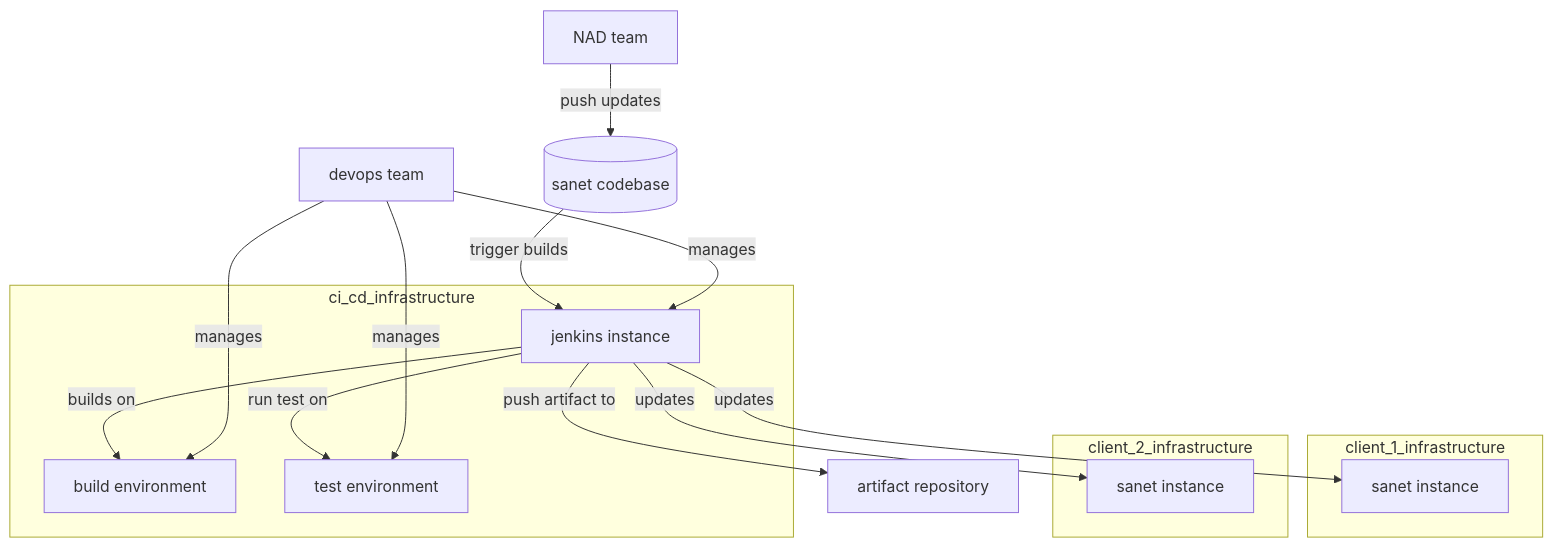
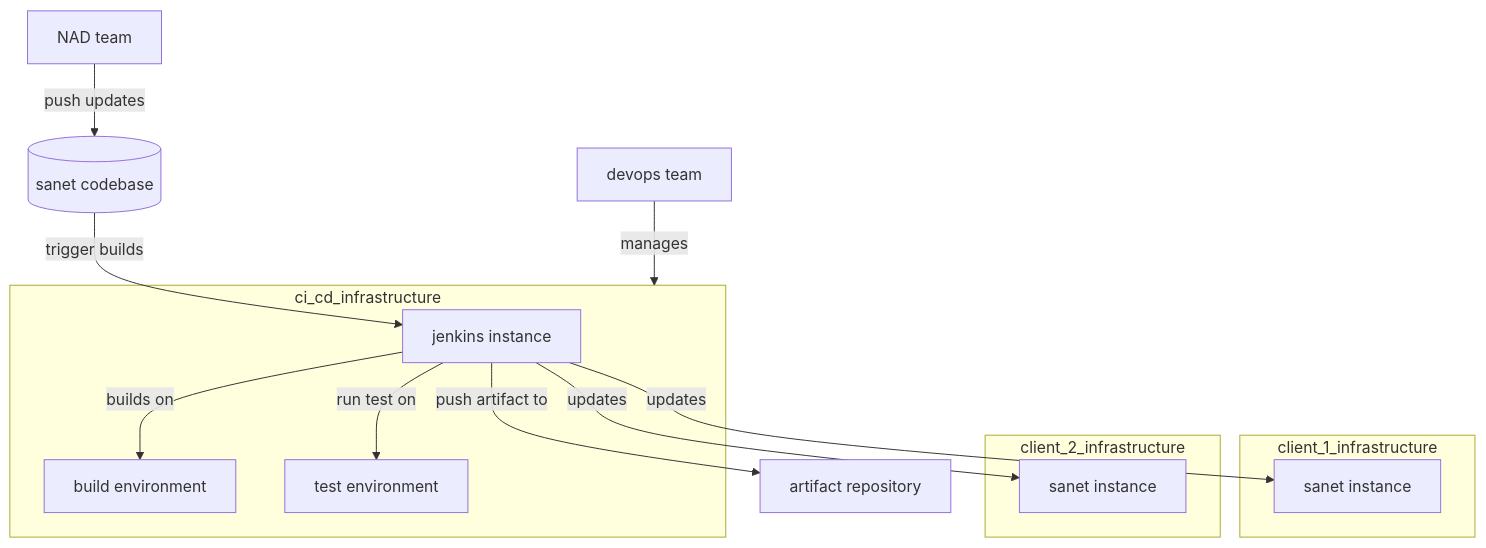
The diagram in graphs/jenkins_making_sanet.mmd (carnivuth/deployment_lifecycle_design_in_monitoring_applications), drawn with Mermaid before and after one commit.

Commit message:
fixed graph

```diff
--- a/graphs/jenkins_making_sanet.mmd
+++ b/graphs/jenkins_making_sanet.mmd
@@ -1,23 +1,23 @@
 flowchart TD
 A[NAD team]
 B[(sanet codebase)]
 subgraph ci_cd_infrastructure
 C[jenkins instance]
 E[build environment]
 F[test environment]
 end
 D[devops team]
 G[artifact repository]
 subgraph client_1_infrastructure
 H[sanet instance]
 end
 subgraph client_2_infrastructure
 I[sanet instance]
 end
 
 A --push updates--> B -- trigger builds --> C
 C -- builds on --> E
 C -- run test on --> F
-D -- manages --> C & E & F
+D -- manages --> ci_cd_infrastructure
 C -- push artifact to --> G
 C -- updates --> H & I
```
